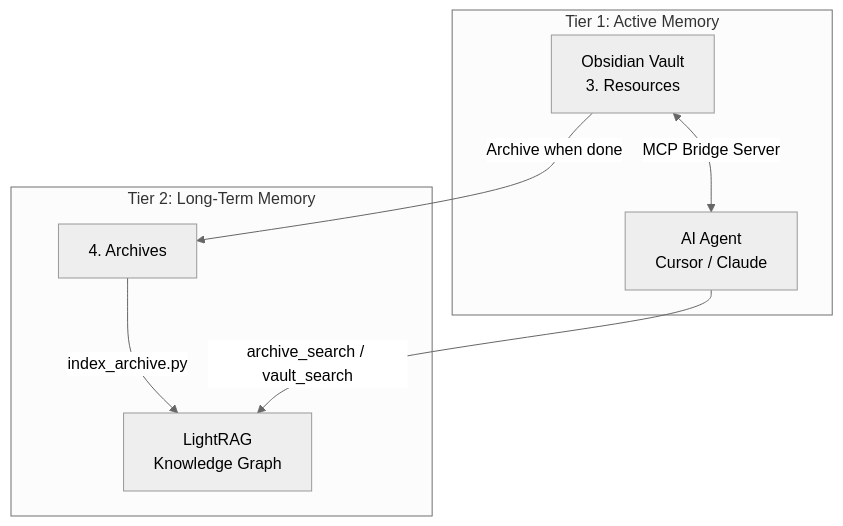
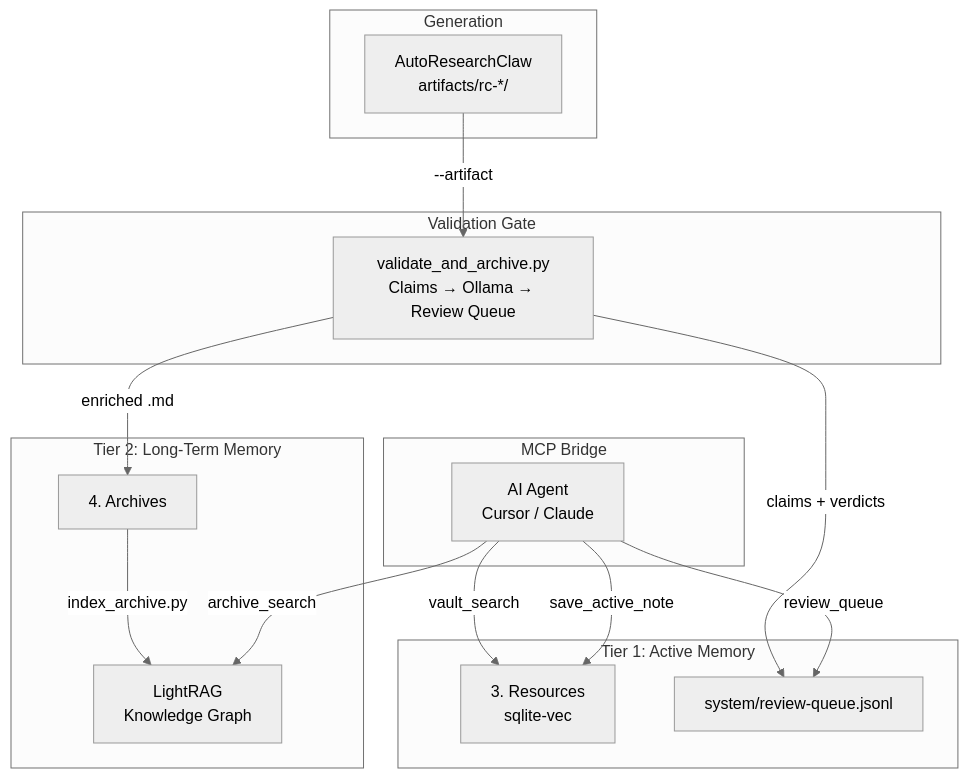
Before and after one commit to asiriji-lab/Personal-ai-archive: the diagram in README.md, drawn with Mermaid (neutral theme). The commit also changed other lines of this file and 10 other files, not shown here.

````diff
--- a/README.md
+++ b/README.md
@@ -36,11 +34,26 @@
 ```mermaid
 graph TB
+    subgraph "Generation"
+        A[AutoResearchClaw<br/>artifacts/rc-*/]
+    end
+    subgraph "Validation Gate"
+        V[validate_and_archive.py<br/>Claims → Ollama → Review Queue]
+    end
     subgraph "Tier 1: Active Memory"
-        A[Obsidian Vault<br/>3. Resources] <-->|MCP Bridge Server| B[AI Agent<br/>Cursor / Claude]
+        R[3. Resources<br/>sqlite-vec]
+        Q[system/review-queue.jsonl]
     end
     subgraph "Tier 2: Long-Term Memory"
         C[4. Archives] -->|index_archive.py| D[LightRAG<br/>Knowledge Graph]
     end
-    B -->|archive_search / vault_search| D
-    A -->|"Archive when done"| C
+    subgraph "MCP Bridge"
+        B[AI Agent<br/>Cursor / Claude]
+    end
+    A -->|"--artifact"| V
+    V -->|enriched .md| C
+    V -->|claims + verdicts| Q
+    B -->|archive_search| D
+    B -->|vault_search| R
+    B -->|review_queue| Q
+    B -->|save_active_note| R
 ```
````
